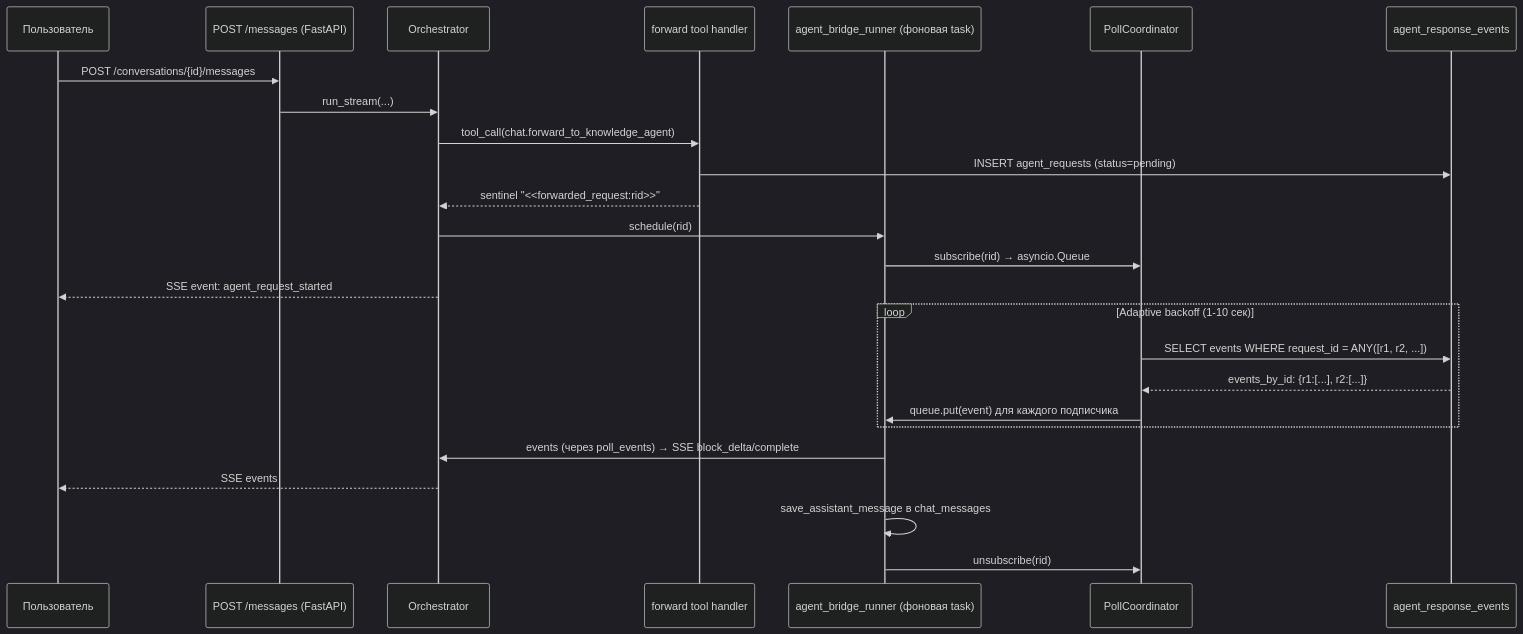
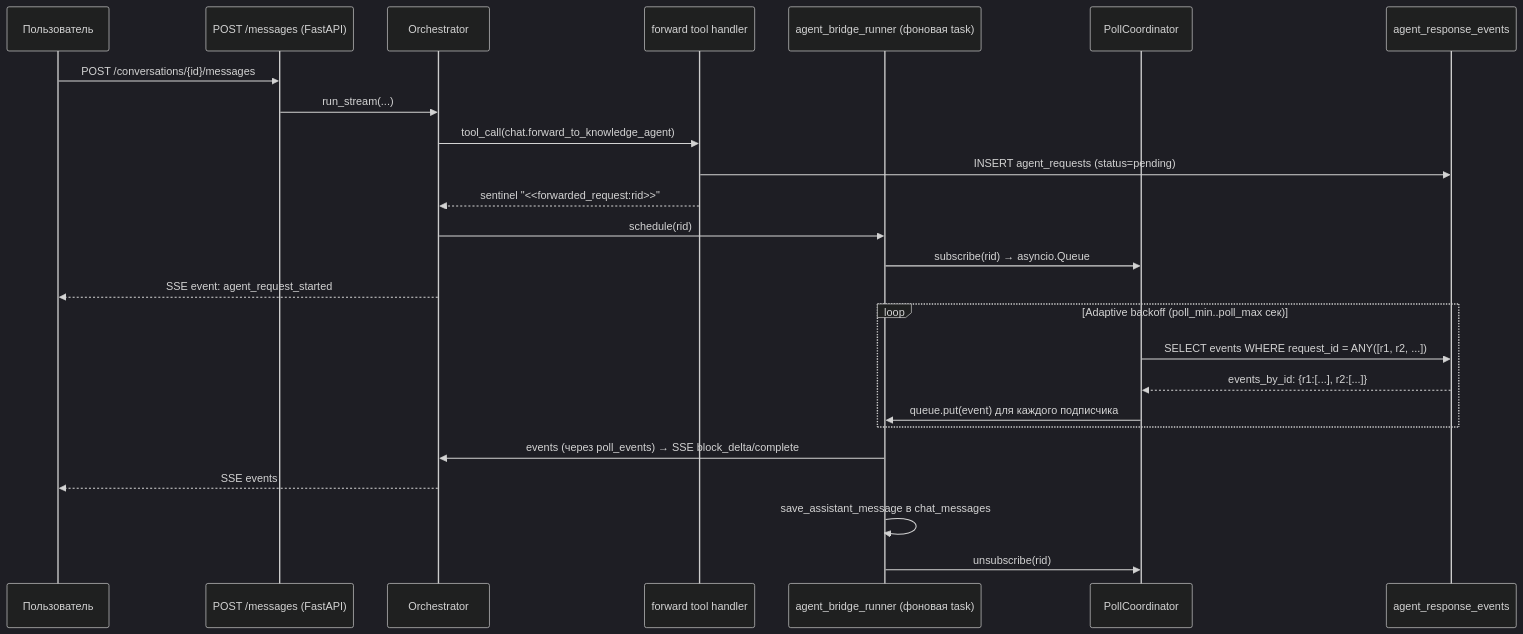
One commit to mr-Dees/Act-Constructor changed the second of 2 diagrams in docs/developer-guide.md. Above: the diagram before and after it, drawn with Mermaid (dark theme). The commit also changed other lines of this file and 3 other files, not shown here.

````diff
--- a/docs/developer-guide.md
+++ b/docs/developer-guide.md
@@ -1509,30 +1509,30 @@
 ```mermaid
 sequenceDiagram
     participant U as Пользователь
     participant API as POST /messages (FastAPI)
     participant O as Orchestrator
     participant T as forward tool handler
     participant R as agent_bridge_runner (фоновая task)
     participant PC as PollCoordinator
     participant DB as agent_response_events
 
     U->>API: POST /conversations/{id}/messages
     API->>O: run_stream(...)
     O->>T: tool_call(chat.forward_to_knowledge_agent)
     T->>DB: INSERT agent_requests (status=pending)
     T-->>O: sentinel "<<forwarded_request:rid>>"
     O->>R: schedule(rid)
     R->>PC: subscribe(rid) → asyncio.Queue
     O-->>U: SSE event: agent_request_started
 
-    loop Adaptive backoff (1-10 сек)
+    loop Adaptive backoff (poll_min..poll_max сек)
         PC->>DB: SELECT events WHERE request_id = ANY([r1, r2, ...])
         DB-->>PC: events_by_id: {r1:[...], r2:[...]}
         PC->>R: queue.put(event) для каждого подписчика
     end
 
     R->>O: events (через poll_events) → SSE block_delta/complete
     O-->>U: SSE events
     R->>R: save_assistant_message в chat_messages
     R->>PC: unsubscribe(rid)
 ```
````
